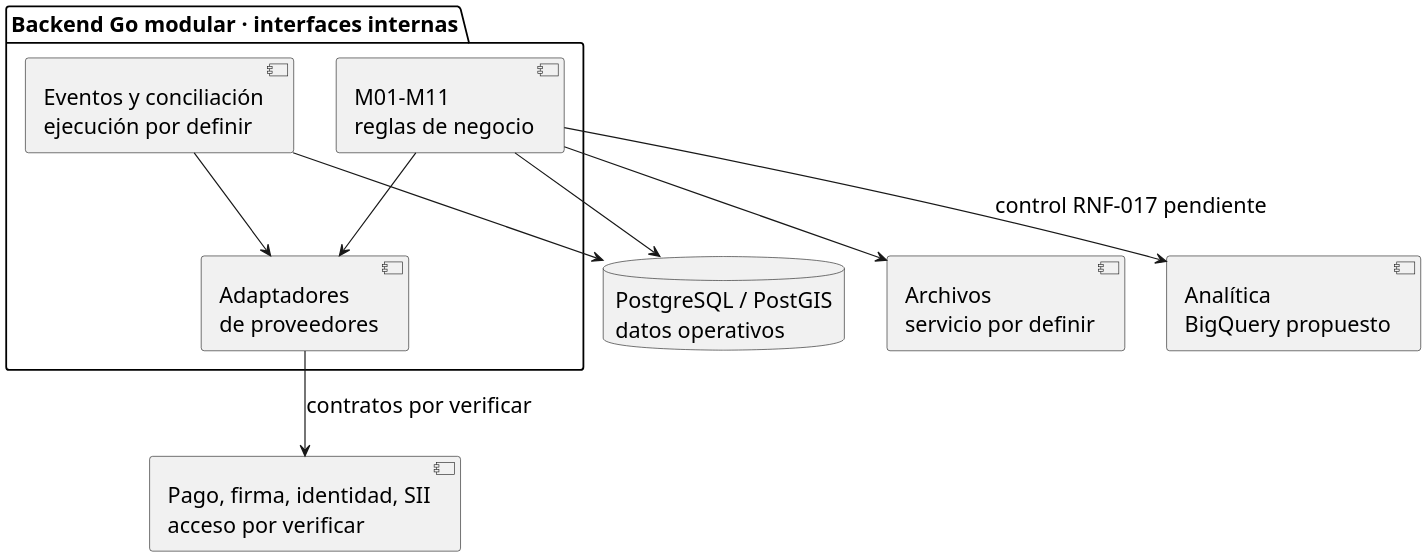
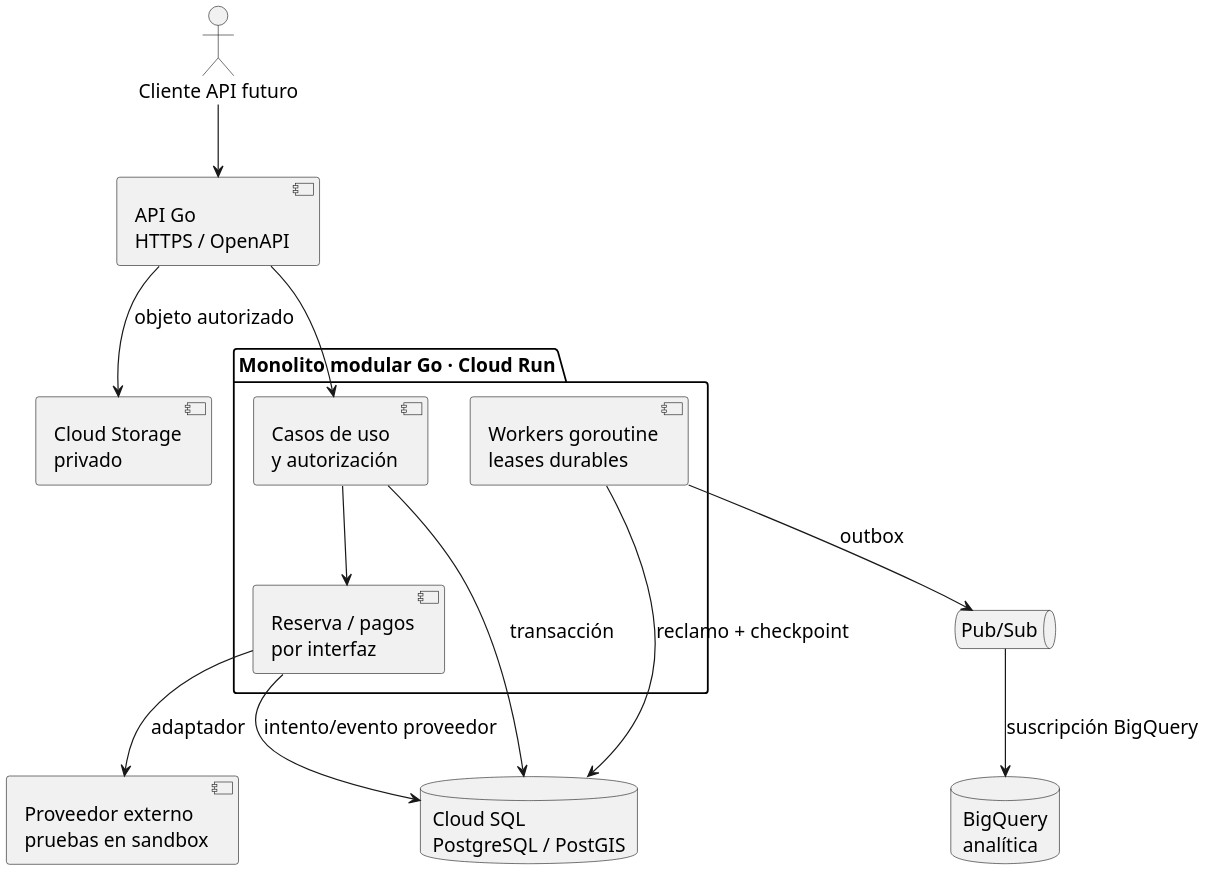
Before and after one commit to HernanEspinozaDev/proyectotitulo: the diagram in Informes/ES2PT/diagramas/componentes_integraciones.puml, drawn with PlantUML. The commit also changed 20 other files, not shown here.

```diff
--- a/Informes/ES2PT/diagramas/componentes_integraciones.puml
+++ b/Informes/ES2PT/diagramas/componentes_integraciones.puml
@@ -1,25 +1,32 @@
 @startuml
 skinparam dpi 180
 skinparam shadowing false
 skinparam defaultFontName Arial
-skinparam defaultFontSize 18
+skinparam defaultFontSize 16
 skinparam backgroundColor white
 skinparam componentStyle uml2
 top to bottom direction
-package "Backend Go modular · interfaces internas" {
-  component "M01–M11\nreglas de negocio" as MOD
-  component "Adaptadores\nde proveedores" as AD
-  component "Eventos y conciliación\nejecución por definir" as EVT
+actor "Cliente API futuro" as CLIENT
+component "API Go\nHTTPS / OpenAPI" as API
+package "Monolito modular Go · Cloud Run" {
+  component "Casos de uso\ny autorización" as USECASE
+  component "Reserva / pagos\npor interfaz" as DOMAIN
+  component "Workers goroutine\nleases durables" as WORKER
 }
-database "PostgreSQL / PostGIS\ndatos operativos" as DB
-component "Archivos\nservicio por definir" as FILE
-component "Analítica\nBigQuery propuesto" as BQ
-component "Pago, firma, identidad, SII\nacceso por verificar" as EXT
-MOD --> DB
-MOD --> FILE
-MOD --> BQ : control RNF-017 pendiente
-MOD --> AD
-EVT --> AD
-EVT --> DB
-AD --> EXT : contratos por verificar
+database "Cloud SQL\nPostgreSQL / PostGIS" as DB
+component "Cloud Storage\nprivado" as STORAGE
+queue "Pub/Sub" as PUBSUB
+database "BigQuery\nanalítica" as BQ
+component "Proveedor externo\npruebas en sandbox" as PROVIDER
+
+CLIENT --> API
+API --> USECASE
+USECASE --> DOMAIN
+USECASE --> DB : transacción
+DOMAIN --> PROVIDER : adaptador
+DOMAIN --> DB : intento/evento proveedor
+API --> STORAGE : objeto autorizado
+WORKER --> DB : reclamo + checkpoint
+WORKER --> PUBSUB : outbox
+PUBSUB --> BQ : suscripción BigQuery
 @enduml
```
